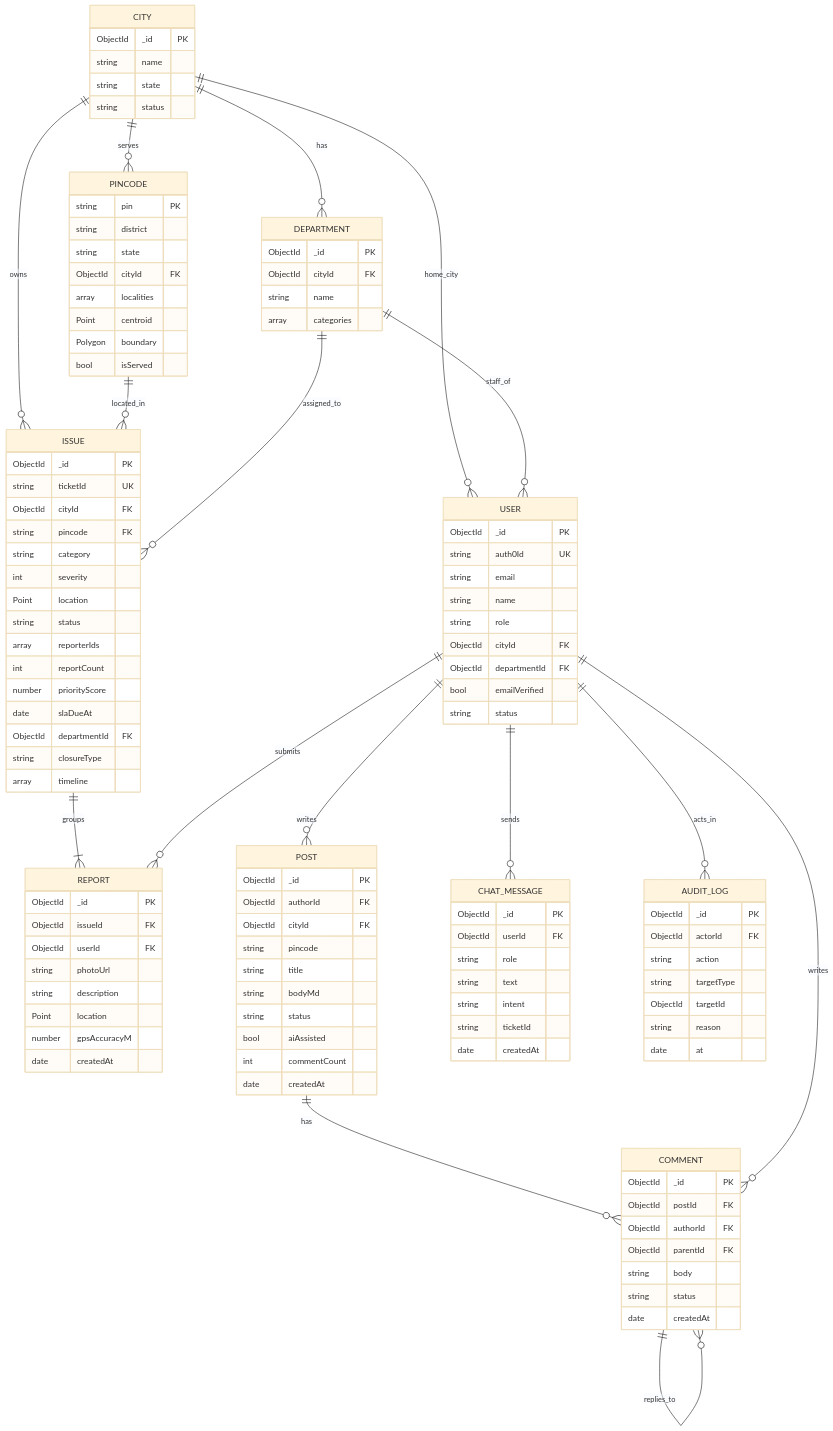
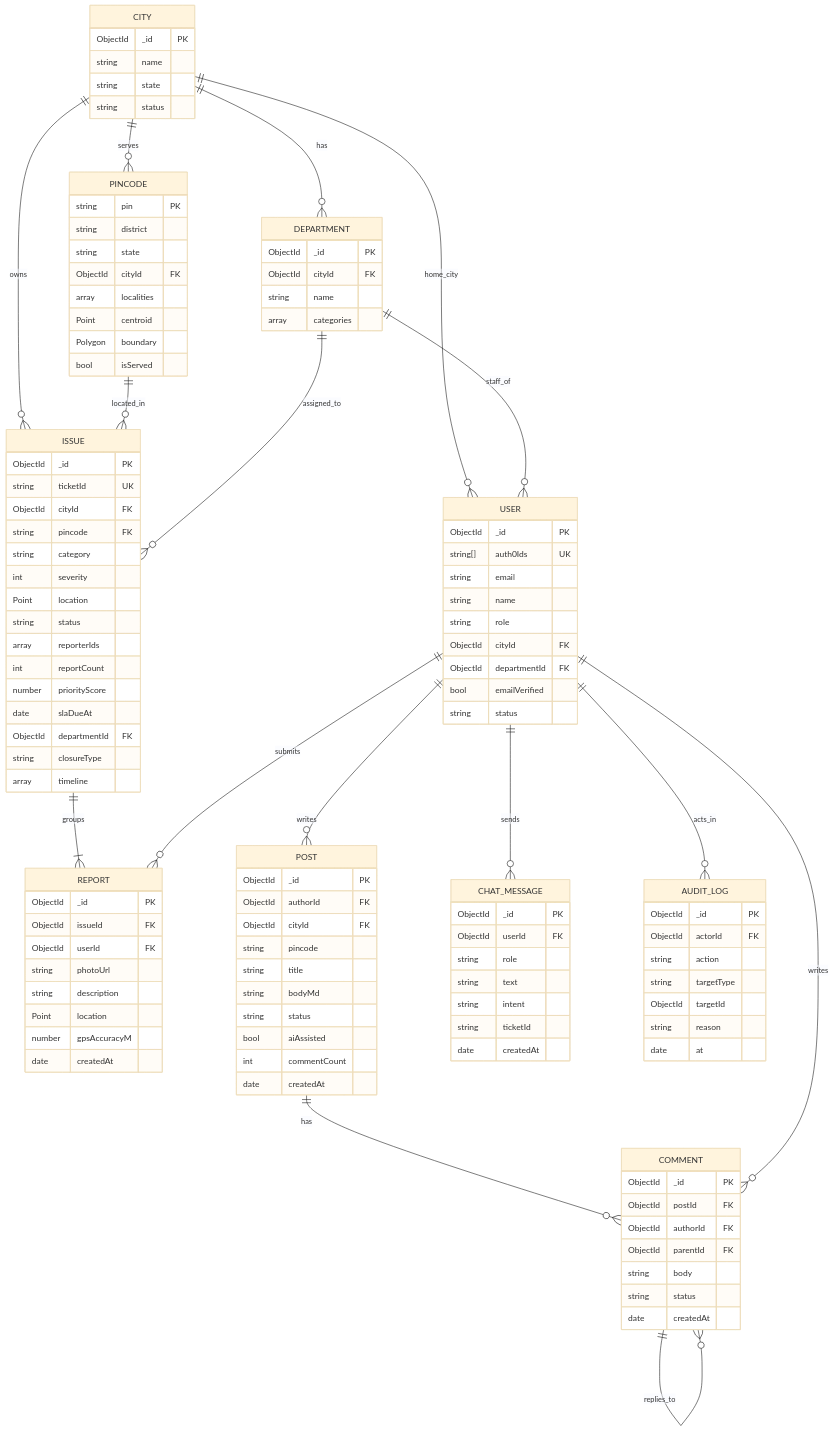
One commit to sachinsharmaa07/NVN changed the second of 5 diagrams in docs/DESIGN.md. Above: the diagram before and after it, drawn with Mermaid (base theme). The commit also changed other lines of this file and 22 other files, not shown here.

```diff
--- a/docs/DESIGN.md
+++ b/docs/DESIGN.md
@@ -177,7 +177,7 @@
   }
   USER {
     ObjectId _id PK
-    string auth0Id UK
+    string[] auth0Ids UK
     string email
     string name
     string role
```
